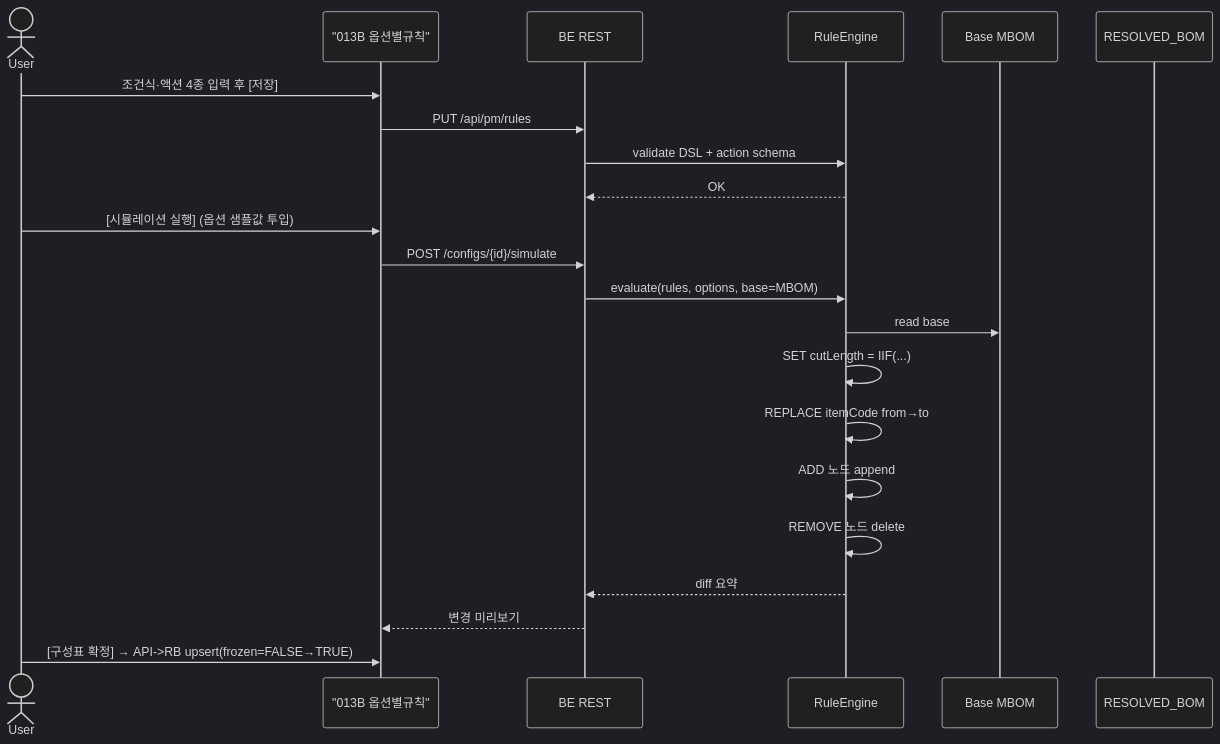
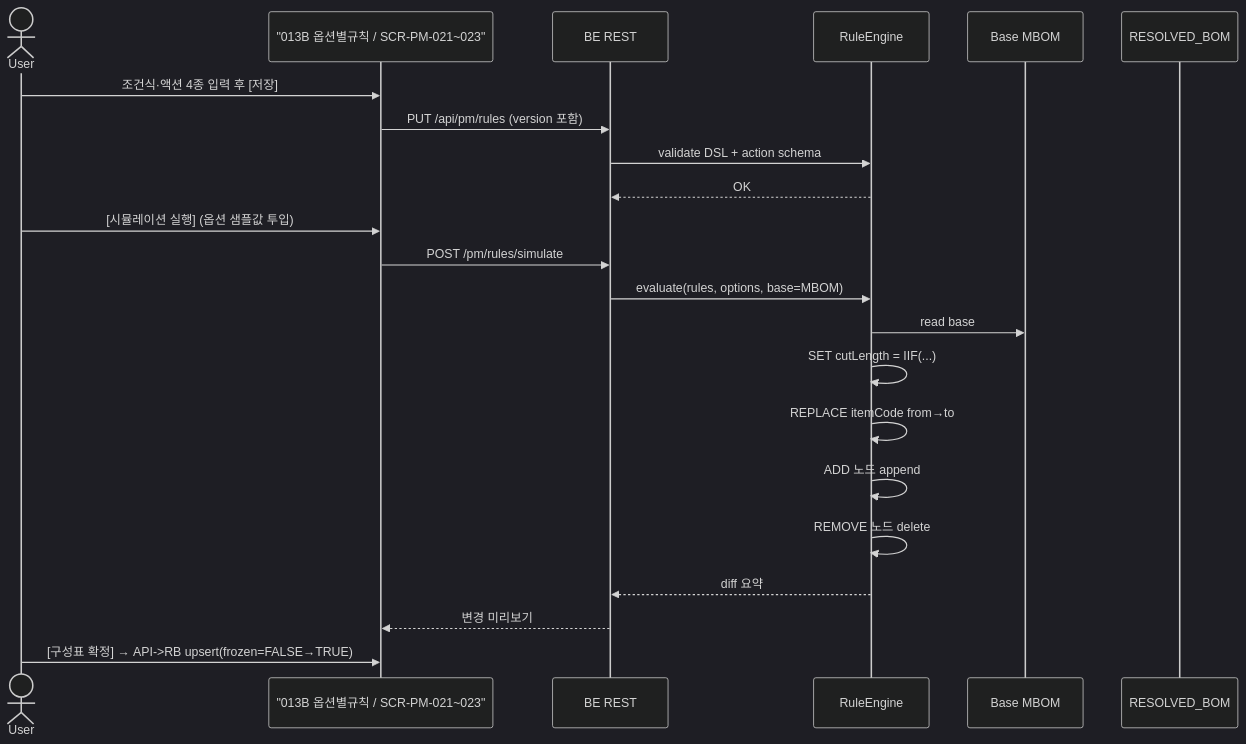
One commit to team-codecraft/wims2.0 changed the second of 3 diagrams in docs/3_DE(설계)/DE22-1_화면설계서/sections/05_BOM관리.md. Above: the diagram before and after it, drawn with Mermaid (dark theme). The commit also changed other lines of this file and 78 other files, not shown here.

````diff
--- a/docs/3_DE(설계)/DE22-1_화면설계서/sections/05_BOM관리.md
+++ b/docs/3_DE(설계)/DE22-1_화면설계서/sections/05_BOM관리.md
@@ -484,25 +393,25 @@
 ```mermaid
 sequenceDiagram
   actor User
-  participant UI as "013B 옵션별규칙"
+  participant UI as "013B 옵션별규칙 / SCR-PM-021~023"
   participant API as BE REST
   participant RE as RuleEngine
   participant MBOM as Base MBOM
   participant RB as RESOLVED_BOM
 
   User->>UI: 조건식·액션 4종 입력 후 [저장]
-  UI->>API: PUT /api/pm/rules
+  UI->>API: PUT /api/pm/rules (version 포함)
   API->>RE: validate DSL + action schema
   RE-->>API: OK
   User->>UI: [시뮬레이션 실행] (옵션 샘플값 투입)
-  UI->>API: POST /configs/{id}/simulate
+  UI->>API: POST /pm/rules/simulate
   API->>RE: evaluate(rules, options, base=MBOM)
   RE->>MBOM: read base
   RE->>RE: SET cutLength = IIF(...)
   RE->>RE: REPLACE itemCode from→to
   RE->>RE: ADD 노드 append
   RE->>RE: REMOVE 노드 delete
   RE-->>API: diff 요약
   API-->>UI: 변경 미리보기
   User->>UI: [구성표 확정] → API->RB upsert(frozen=FALSE→TRUE)
 ```
````
